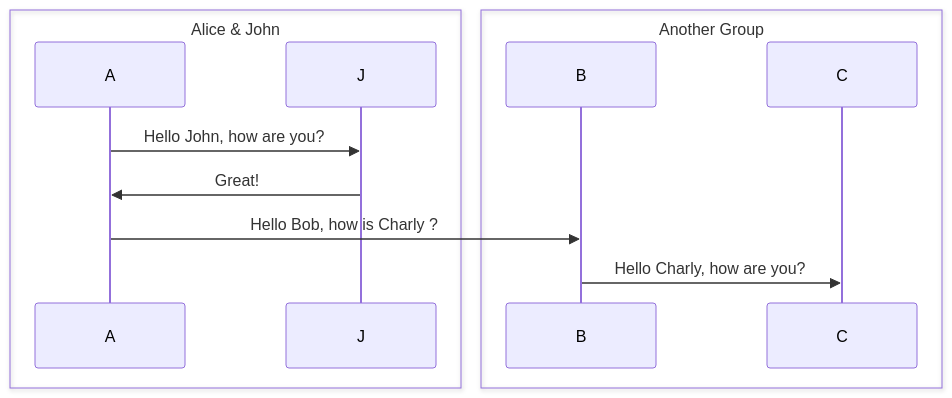
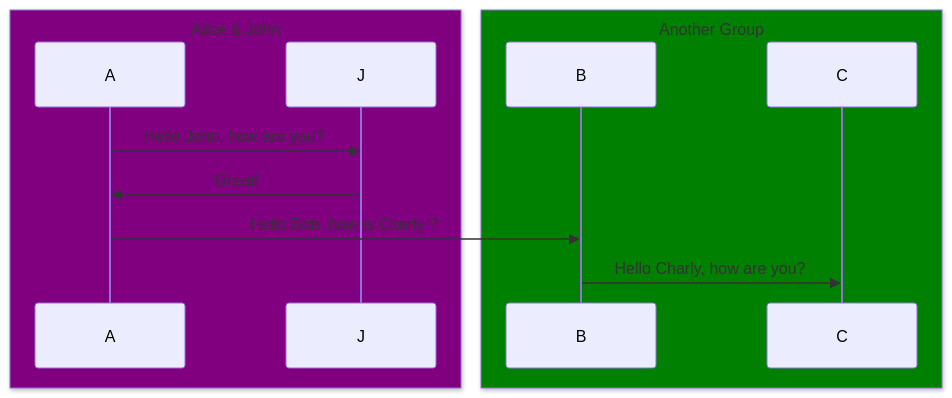
The second of 2 diagrams in architecture.md (GardF/clean-project-temp), drawn with Mermaid before and after one commit.

````diff
--- a/architecture.md
+++ b/architecture.md
@@ -14,15 +14,15 @@
 ```mermaid
 sequenceDiagram
-    box Alice & John
+    box Purple Alice & John
     participant A
     participant J
     end
-    box Another Group
+    box Green Another Group
     participant B
     participant C
     end
     A->>J: Hello John, how are you?
     J->>A: Great!
     A->>B: Hello Bob, how is Charly ?
     B->>C: Hello Charly, how are you?
 ```
````
